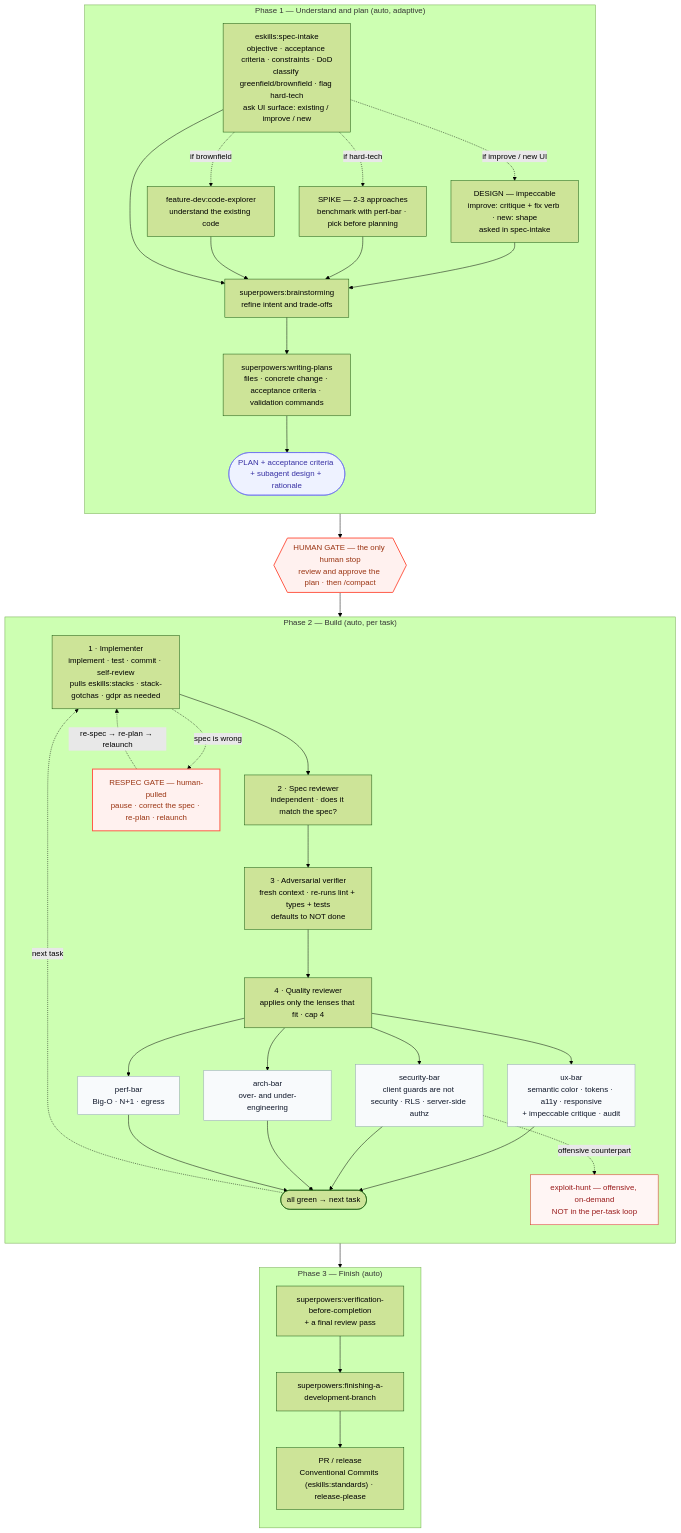
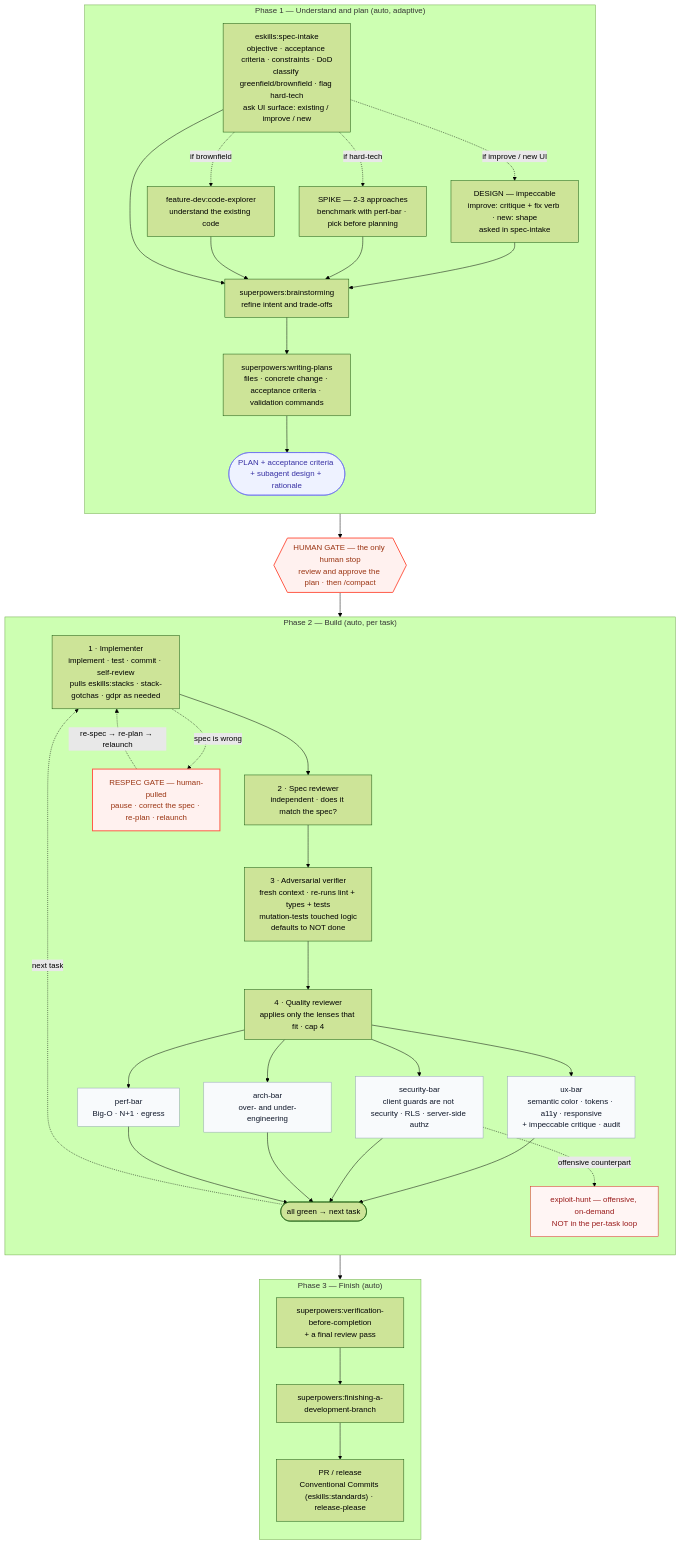
One commit to Endika/eskills changed the diagram in README.md. Above: the diagram before and after it, drawn with Mermaid (forest theme). The commit also changed 3 other files, not shown here.

Commit message:
feat(task-flow): have the verifier mutation-test the logic each task touches

````diff
--- a/README.md
+++ b/README.md
@@ -97,72 +97,72 @@
 ```mermaid
 flowchart TD
   classDef gate fill:#FFF1EF,stroke:#FF5A47,stroke-width:2px,color:#9A3412
   classDef plan fill:#EEF2FF,stroke:#6366F1,color:#3730A3
   classDef lens fill:#F8FAFC,stroke:#94A3B8,color:#0F172A
   classDef offensive fill:#FFF5F4,stroke:#DC2626,color:#991B1B
 
   subgraph P1["Phase 1 — Understand and plan (auto, adaptive)"]
     direction TB
     SI["eskills:spec-intake<br/>objective · acceptance criteria · constraints · DoD<br/>classify greenfield/brownfield · flag hard-tech<br/>ask UI surface: existing / improve / new"]
     CE["feature-dev:code-explorer<br/>understand the existing code"]
     SP["SPIKE — 2-3 approaches<br/>benchmark with perf-bar · pick before planning"]
     DS["DESIGN — impeccable<br/>improve: critique + fix verb · new: shape<br/>asked in spec-intake"]
     BR["superpowers:brainstorming<br/>refine intent and trade-offs"]
     WP["superpowers:writing-plans<br/>files · concrete change · acceptance criteria · validation commands"]
     PLAN(["PLAN + acceptance criteria + subagent design + rationale"])
     SI -. if brownfield .-> CE
     SI -. if hard-tech .-> SP
     SI -. if improve / new UI .-> DS
     SI --> BR
     CE --> BR
     SP --> BR
     DS --> BR
     BR --> WP --> PLAN
   end
 
   PLAN --> GATE{{"HUMAN GATE — the only human stop<br/>review and approve the plan · then /compact"}}
   GATE --> IMP
 
   subgraph P2["Phase 2 — Build (auto, per task)"]
     direction TB
     IMP["1 · Implementer<br/>implement · test · commit · self-review<br/>pulls eskills:stacks · stack-gotchas · gdpr as needed"]
     SR["2 · Spec reviewer<br/>independent · does it match the spec?"]
-    AV["3 · Adversarial verifier<br/>fresh context · re-runs lint + types + tests<br/>defaults to NOT done"]
+    AV["3 · Adversarial verifier<br/>fresh context · re-runs lint + types + tests<br/>mutation-tests touched logic<br/>defaults to NOT done"]
     QR["4 · Quality reviewer<br/>applies only the lenses that fit · cap 4"]
     UX["ux-bar<br/>semantic color · tokens · a11y · responsive<br/>+ impeccable critique · audit"]
     SEC["security-bar<br/>client guards are not security · RLS · server-side authz"]
     ARCH["arch-bar<br/>over- and under-engineering"]
     PERF["perf-bar<br/>Big-O · N+1 · egress"]
     DONE(["all green → next task"])
     RESPEC["RESPEC GATE — human-pulled<br/>pause · correct the spec · re-plan · relaunch"]
     EH["exploit-hunt — offensive, on-demand<br/>NOT in the per-task loop"]
     IMP --> SR --> AV --> QR
     QR --> UX
     QR --> SEC
     QR --> ARCH
     QR --> PERF
     UX --> DONE
     SEC --> DONE
     ARCH --> DONE
     PERF --> DONE
     DONE -. next task .-> IMP
     IMP -. spec is wrong .-> RESPEC
     RESPEC -. re-spec → re-plan → relaunch .-> IMP
     SEC -. offensive counterpart .-> EH
   end
 
   DONE --> VBC
 
   subgraph P3["Phase 3 — Finish (auto)"]
     direction TB
     VBC["superpowers:verification-before-completion<br/>+ a final review pass"]
     FIN["superpowers:finishing-a-development-branch"]
     REL["PR / release<br/>Conventional Commits (eskills:standards) · release-please"]
     VBC --> FIN --> REL
   end
 
   class GATE,RESPEC gate
   class PLAN plan
   class UX,SEC,ARCH,PERF lens
   class EH offensive
 ```
````
